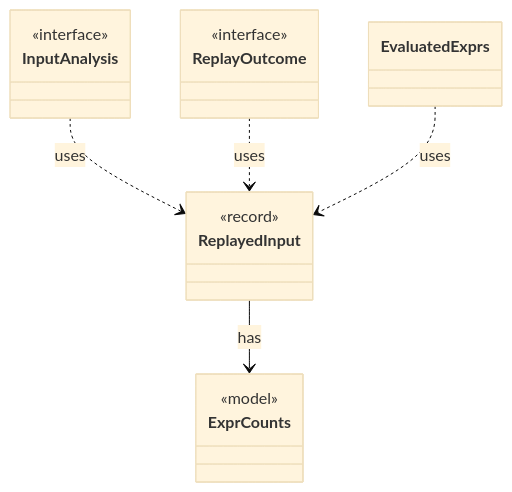
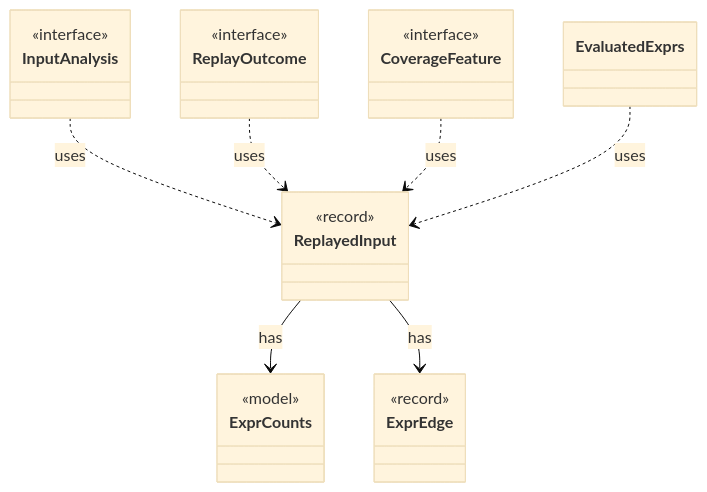
Before and after one commit to tlaplus/model-checker-hardening: the diagram in dev/types/io.github.tlaplus.hardening.corpus.ReplayedInput.md, drawn with Mermaid (base theme). The commit also changed other lines of this file and 410 other files, not shown here.

````diff
--- a/dev/types/io.github.tlaplus.hardening.corpus.ReplayedInput.md
+++ b/dev/types/io.github.tlaplus.hardening.corpus.ReplayedInput.md
@@ -7,20 +7,28 @@
 ```mermaid
 classDiagram
   class ReplayedInput {
     <<record>>
   }
   class ExprCounts {
     <<model>>
   }
+  class ExprEdge {
+    <<record>>
+  }
   class InputAnalysis {
     <<interface>>
   }
   class ReplayOutcome {
     <<interface>>
   }
+  class CoverageFeature {
+    <<interface>>
+  }
   class EvaluatedExprs
   ReplayedInput --> ExprCounts : has
+  ReplayedInput --> ExprEdge : has
   InputAnalysis ..> ReplayedInput : uses
   ReplayOutcome ..> ReplayedInput : uses
+  CoverageFeature ..> ReplayedInput : uses
   EvaluatedExprs ..> ReplayedInput : uses
 ```
````
